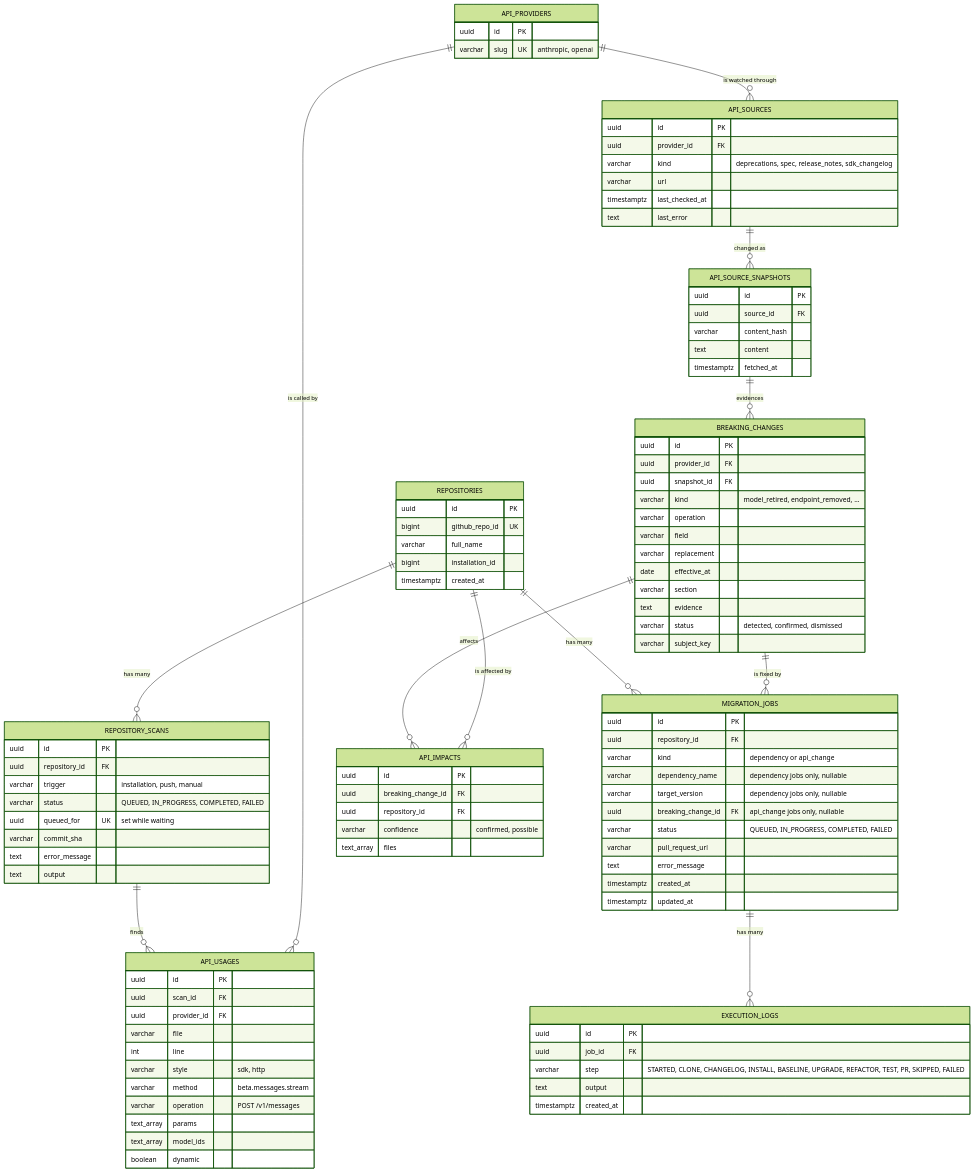
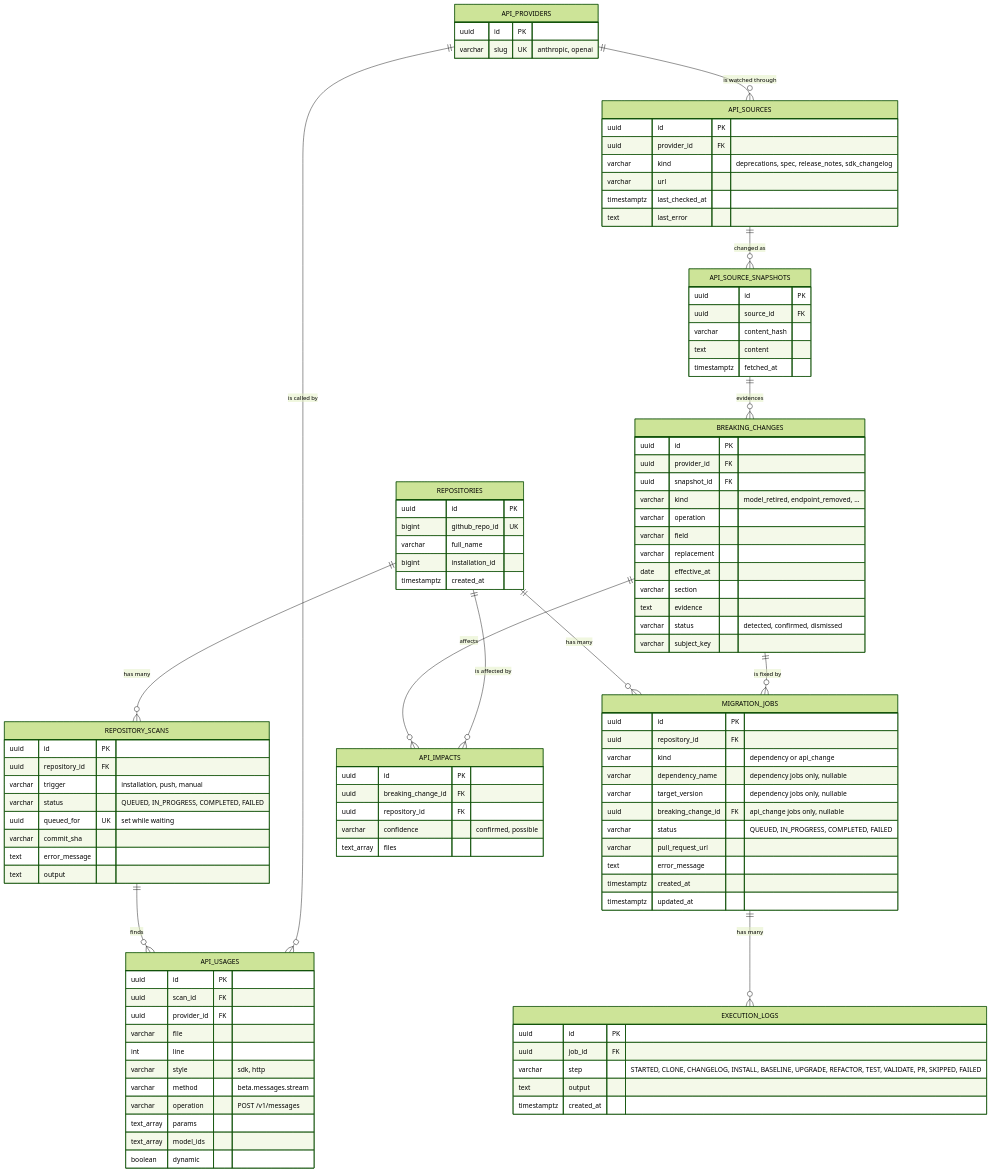
The sixth of 6 diagrams in README.md (kiet08hogit/SyncLab), drawn with Mermaid (forest theme) before and after one commit. The commit also changed other lines of this file and 1 other file, not shown here.

Commit message:
no-mistakes(document): Document validate step and dedupe API README phase table

```diff
--- a/README.md
+++ b/README.md
@@ -415,7 +415,7 @@
     EXECUTION_LOGS {
         uuid id PK
         uuid job_id FK
-        varchar step "STARTED, CLONE, CHANGELOG, INSTALL, BASELINE, UPGRADE, REFACTOR, TEST, PR, SKIPPED, FAILED"
+        varchar step "STARTED, CLONE, CHANGELOG, INSTALL, BASELINE, UPGRADE, REFACTOR, TEST, VALIDATE, PR, SKIPPED, FAILED"
         text output
         timestamptz created_at
     }
```
